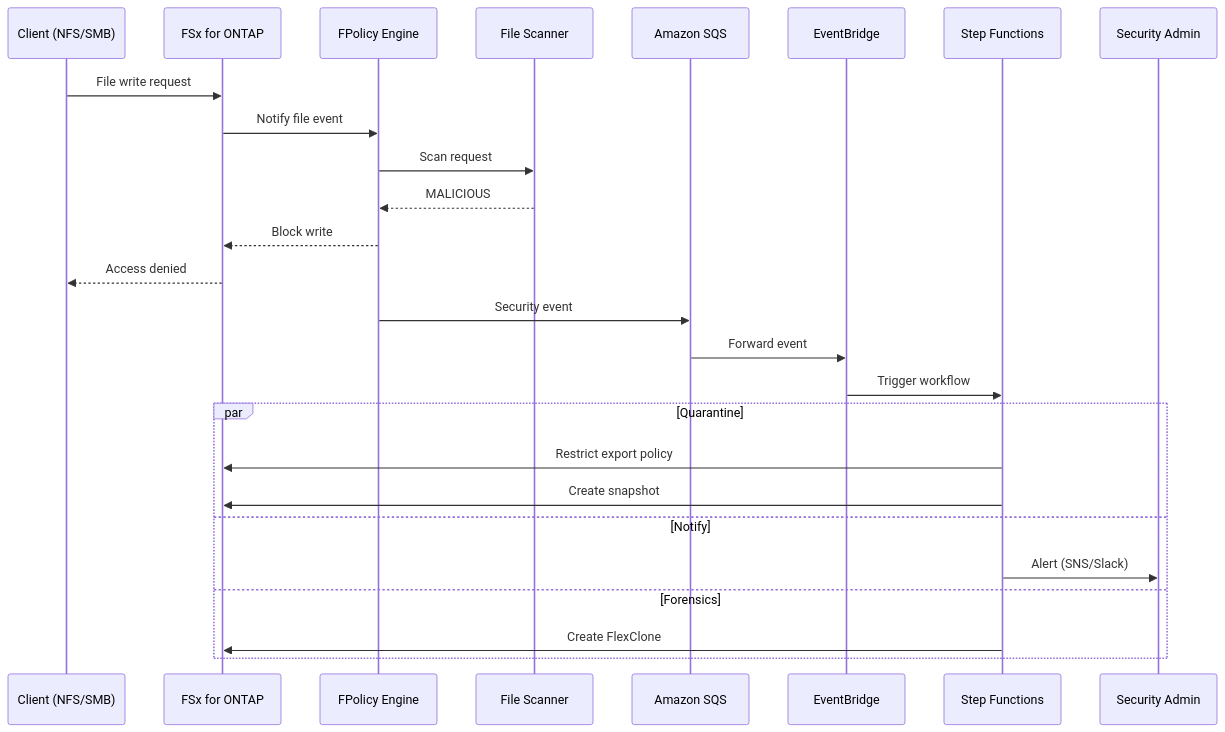
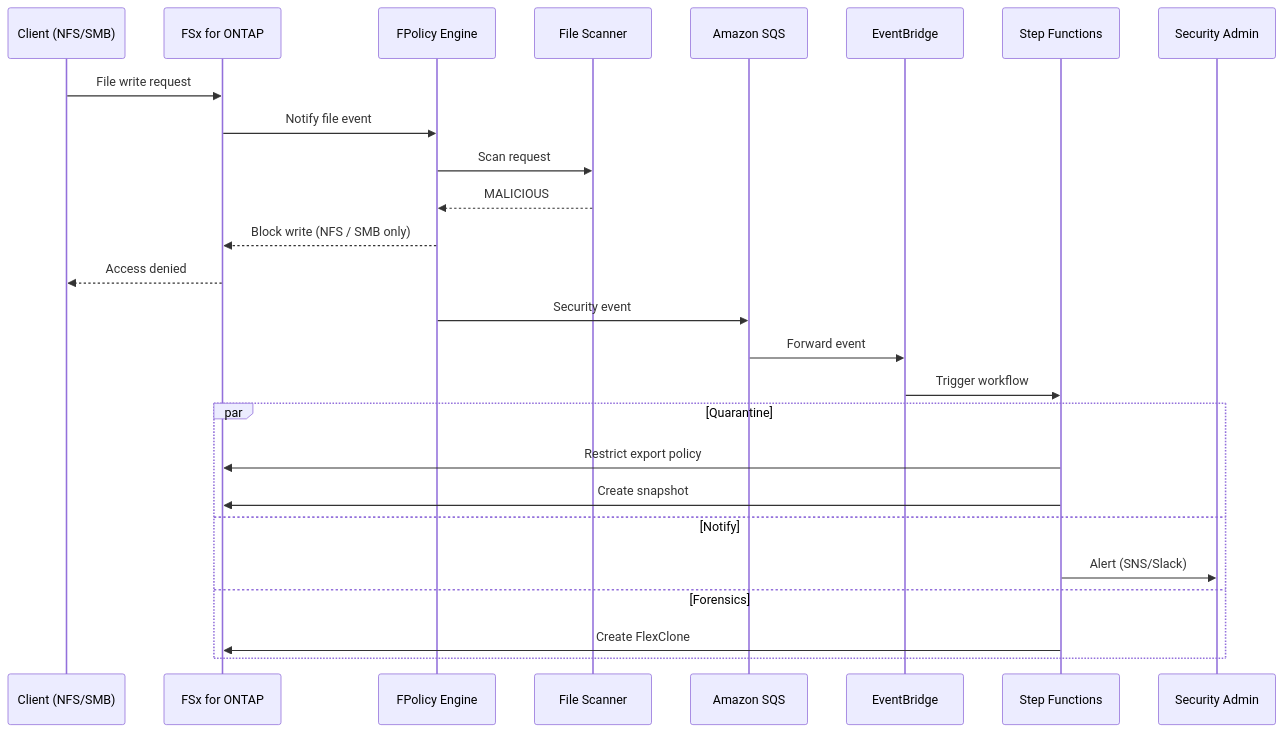
One commit to Yoshiki0705/fsxn-cyber-resilience-patterns changed the third of 6 diagrams in docs/architecture/overview.md. Above: the diagram before and after it, drawn with Mermaid. The commit also changed other lines of this file and 10 other files, not shown here.

````diff
--- a/docs/architecture/overview.md
+++ b/docs/architecture/overview.md
@@ -173,31 +173,31 @@
 ```mermaid
 sequenceDiagram
     participant Client as Client (NFS/SMB)
     participant FSx as FSx for ONTAP
     participant FPolicy as FPolicy Engine
     participant Scanner as File Scanner
     participant SQS as Amazon SQS
     participant EB as EventBridge
     participant SF as Step Functions
     participant Admin as Security Admin
 
     Client->>FSx: File write request
     FSx->>FPolicy: Notify file event
     FPolicy->>Scanner: Scan request
     Scanner-->>FPolicy: MALICIOUS
-    FPolicy-->>FSx: Block write
+    FPolicy-->>FSx: Block write (NFS / SMB only)
     FSx-->>Client: Access denied
 
     FPolicy->>SQS: Security event
     SQS->>EB: Forward event
     EB->>SF: Trigger workflow
 
     par Quarantine
         SF->>FSx: Restrict export policy
         SF->>FSx: Create snapshot
     and Notify
         SF->>Admin: Alert (SNS/Slack)
     and Forensics
         SF->>FSx: Create FlexClone
     end
 ```
````
